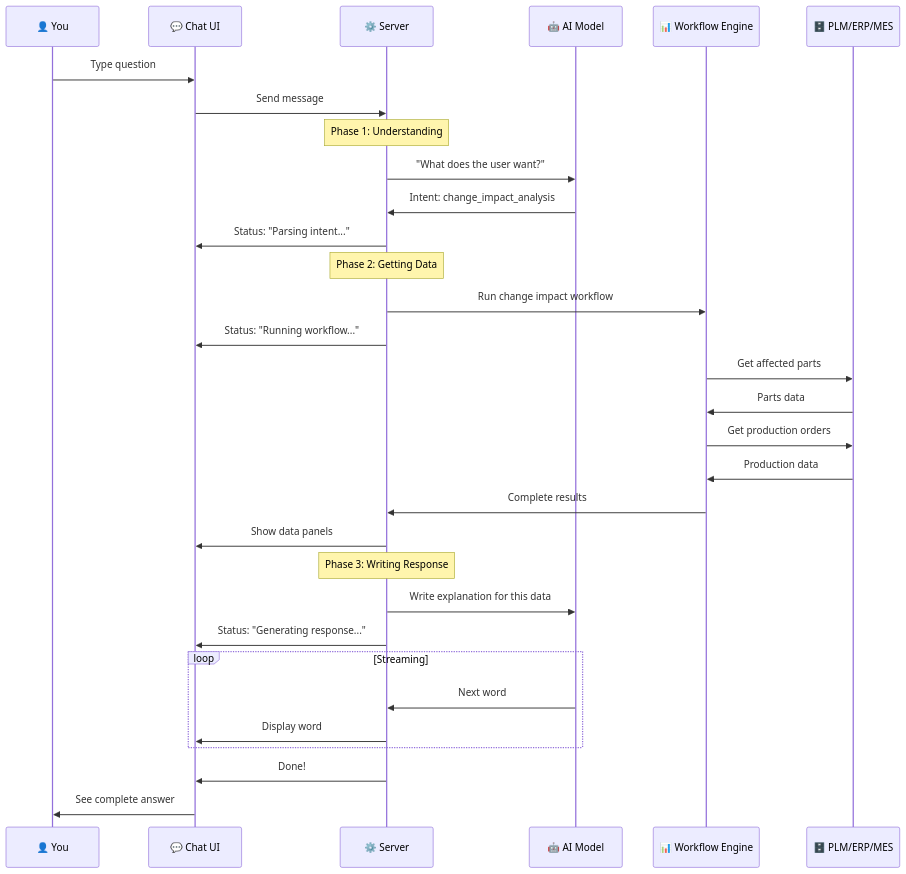
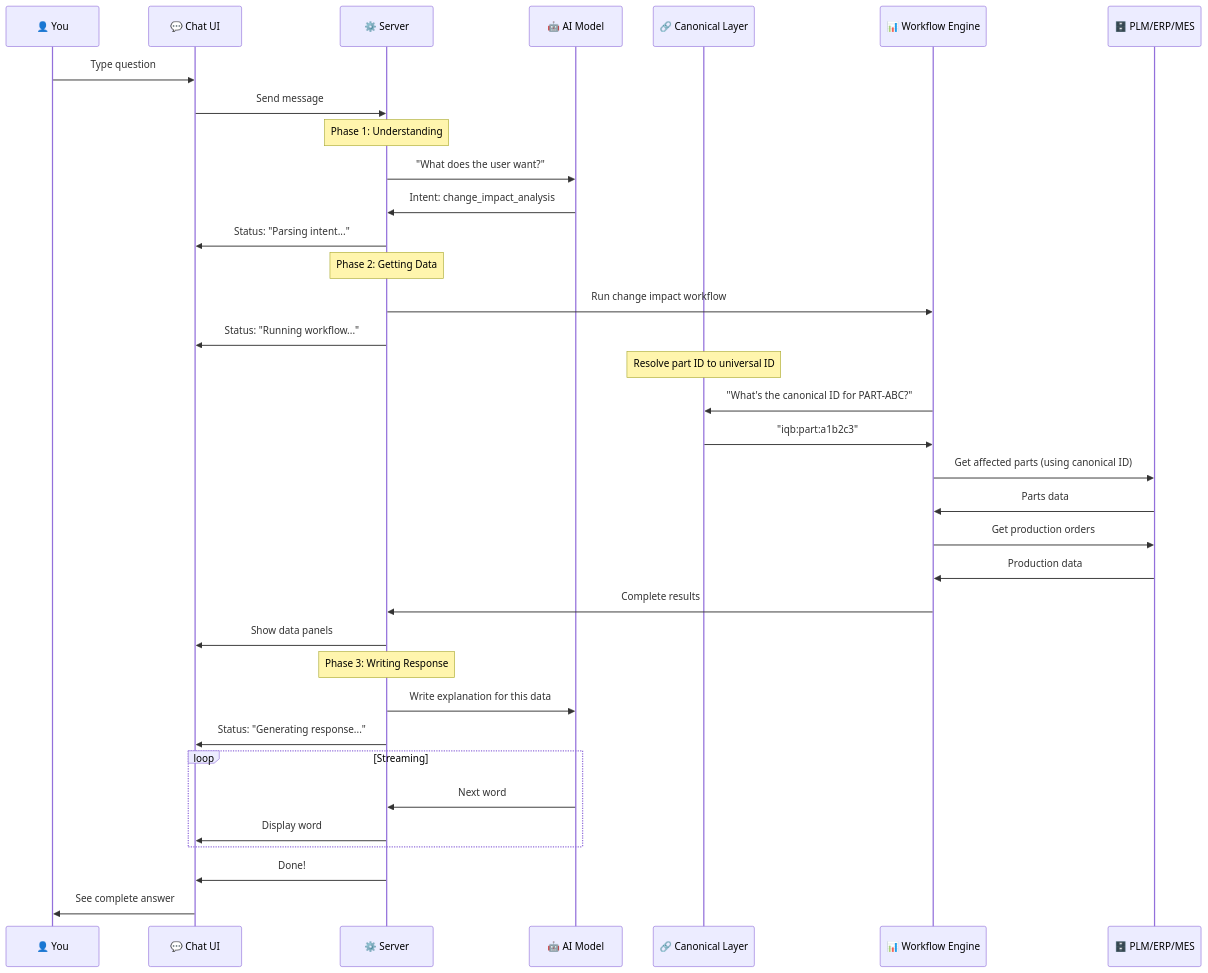
Before and after one commit to martek-cloud/iQbrain-Deterministic-Agent-Stable: the fifth of 5 diagrams in DOCUMENTATION.md, drawn with Mermaid. The commit also changed other lines of this file, not shown here.

````diff
--- a/DOCUMENTATION.md
+++ b/DOCUMENTATION.md
@@ -267,39 +332,45 @@
 ```mermaid
 sequenceDiagram
     participant User as 👤 You
     participant Chat as 💬 Chat UI
     participant Server as ⚙️ Server
     participant AI as 🤖 AI Model
+    participant Canonical as 🔗 Canonical Layer
     participant Workflow as 📊 Workflow Engine
     participant Data as 🗄️ PLM/ERP/MES
 
     User->>Chat: Type question
     Chat->>Server: Send message
     
     Note over Server: Phase 1: Understanding
     Server->>AI: "What does the user want?"
     AI->>Server: Intent: change_impact_analysis
     Server->>Chat: Status: "Parsing intent..."
     
     Note over Server: Phase 2: Getting Data
     Server->>Workflow: Run change impact workflow
     Server->>Chat: Status: "Running workflow..."
-    Workflow->>Data: Get affected parts
+    
+    Note over Canonical: Resolve part ID to universal ID
+    Workflow->>Canonical: "What's the canonical ID for PART-ABC?"
+    Canonical->>Workflow: "iqb:part:a1b2c3"
+    
+    Workflow->>Data: Get affected parts (using canonical ID)
     Data->>Workflow: Parts data
     Workflow->>Data: Get production orders
     Data->>Workflow: Production data
     Workflow->>Server: Complete results
     Server->>Chat: Show data panels
     
     Note over Server: Phase 3: Writing Response
     Server->>AI: Write explanation for this data
     Server->>Chat: Status: "Generating response..."
     
     loop Streaming
         AI->>Server: Next word
         Server->>Chat: Display word
     end
     
     Server->>Chat: Done!
     Chat->>User: See complete answer
 ```
````
